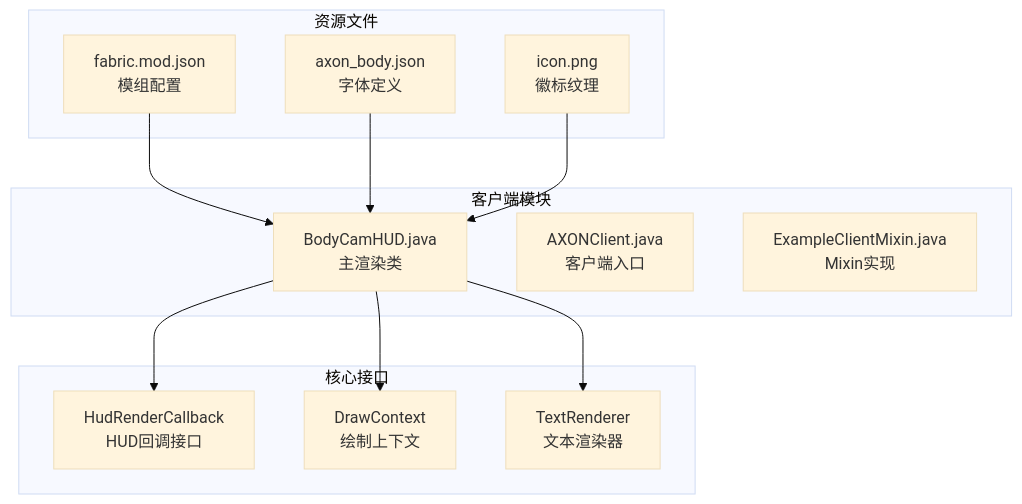
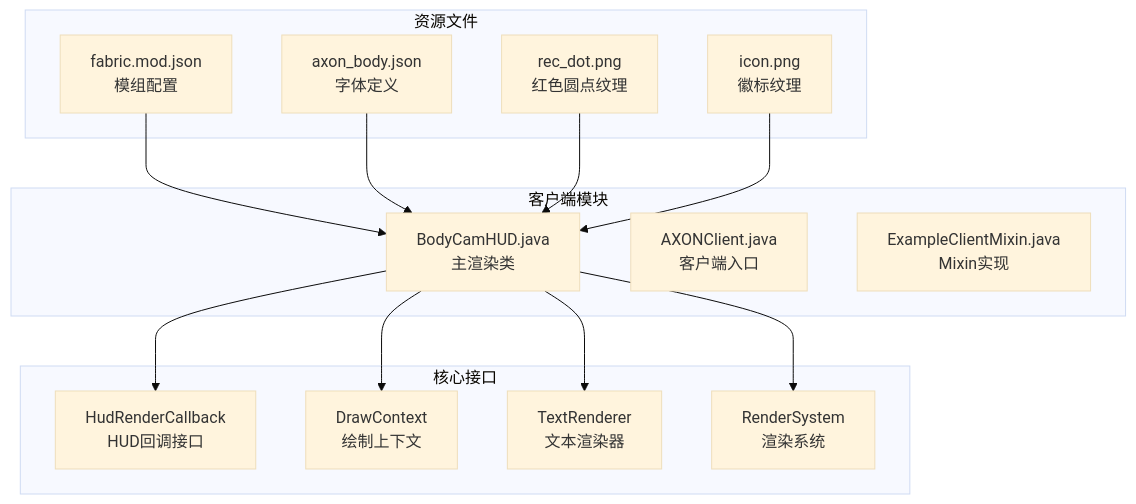
Before and after one commit to Manager20211/AxonBodyCam2: the first of 6 diagrams in .qoder/repowiki/zh/content/核心功能/录制指示器功能.md, drawn with Mermaid (base theme). The commit also changed other lines of this file and 11 other files, not shown here.

````diff
--- a/.qoder/repowiki/zh/content/核心功能/录制指示器功能.md
+++ b/.qoder/repowiki/zh/content/核心功能/录制指示器功能.md
@@ -32,24 +38,28 @@
 ```mermaid
 graph TB
 subgraph "客户端模块"
 A[BodyCamHUD.java<br/>主渲染类]
 B[AXONClient.java<br/>客户端入口]
 C[ExampleClientMixin.java<br/>Mixin实现]
 end
 subgraph "资源文件"
 D[fabric.mod.json<br/>模组配置]
 E[axon_body.json<br/>字体定义]
-F[icon.png<br/>徽标纹理]
+F[rec_dot.png<br/>红色圆点纹理]
+G[icon.png<br/>徽标纹理]
 end
 subgraph "核心接口"
-G[HudRenderCallback<br/>HUD回调接口]
-H[DrawContext<br/>绘制上下文]
-I[TextRenderer<br/>文本渲染器]
+H[HudRenderCallback<br/>HUD回调接口]
+I[DrawContext<br/>绘制上下文]
+J[TextRenderer<br/>文本渲染器]
+K[RenderSystem<br/>渲染系统]
 end
-A --> G
 A --> H
 A --> I
+A --> J
+A --> K
 D --> A
 E --> A
 F --> A
+G --> A
 ```
````
